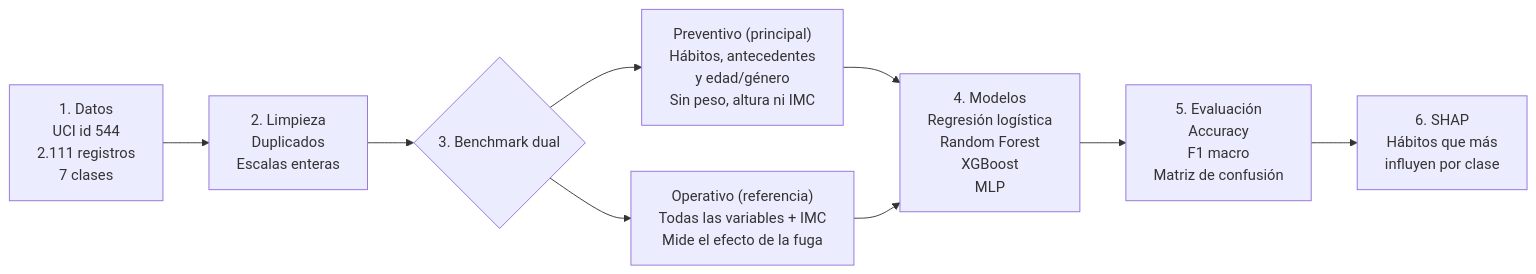
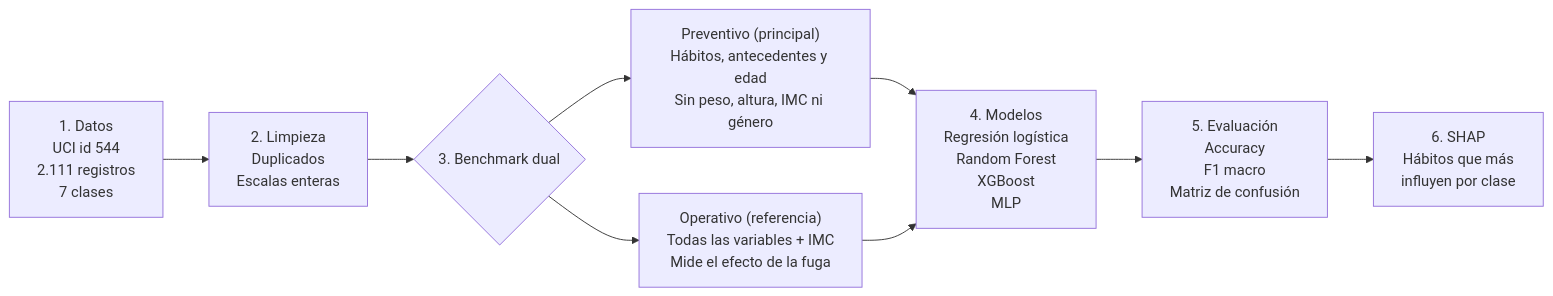
The diagram in Informe_Estado_del_Arte_Obesidad_ML_DL.md (tdavidvergara/proyecto_final_aprendizaje_automatico), drawn with Mermaid before and after one commit. The commit also changed other lines of this file, not shown here.

First line of the commit message:
docs: excluir Gender del preventivo y documentar el sesgo del SMOTE

````diff
--- a/Informe_Estado_del_Arte_Obesidad_ML_DL.md
+++ b/Informe_Estado_del_Arte_Obesidad_ML_DL.md
@@ -214,11 +214,11 @@
 ```mermaid
 flowchart LR
     A["1. Datos<br/>UCI id 544<br/>2.111 registros<br/>7 clases"] --> B["2. Limpieza<br/>Duplicados<br/>Escalas enteras"]
     B --> C{"3. Benchmark dual"}
-    C --> P["Preventivo (principal)<br/>Hábitos, antecedentes<br/>y edad/género<br/>Sin peso, altura ni IMC"]
+    C --> P["Preventivo (principal)<br/>Hábitos, antecedentes y edad<br/>Sin peso, altura, IMC ni género"]
     C --> O["Operativo (referencia)<br/>Todas las variables + IMC<br/>Mide el efecto de la fuga"]
     P --> M["4. Modelos<br/>Regresión logística<br/>Random Forest<br/>XGBoost<br/>MLP"]
     O --> M
     M --> E["5. Evaluación<br/>Accuracy<br/>F1 macro<br/>Matriz de confusión"]
     E --> S["6. SHAP<br/>Hábitos que más<br/>influyen por clase"]
 ```
````
